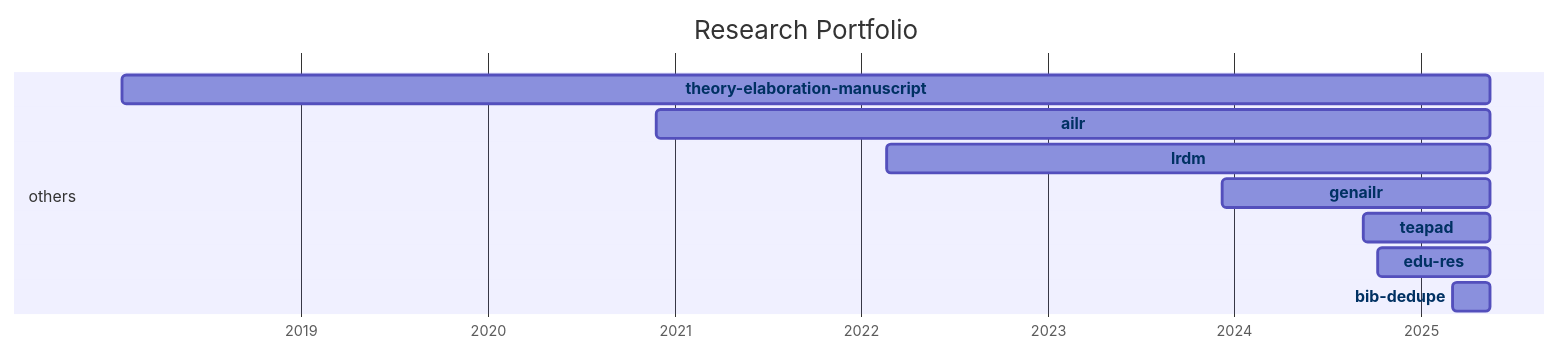
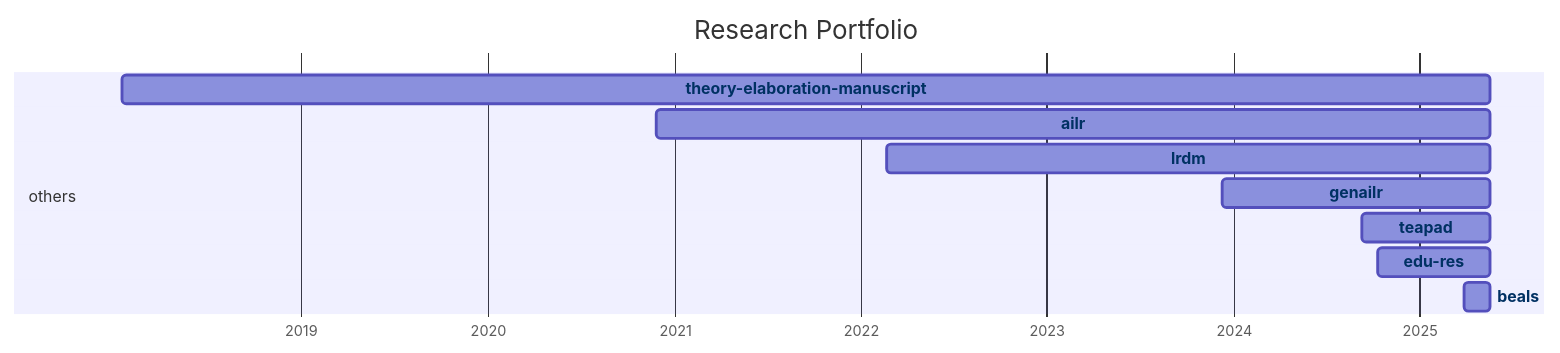
One commit to digital-work-lab/handbook changed the diagram in docs/20-research/25-projects-gantt.md. Above: the diagram before and after it, drawn with Mermaid. The commit also changed 2 other files, not shown here.

Commit message:
Update repository overview

````diff
--- a/docs/20-research/25-projects-gantt.md
+++ b/docs/20-research/25-projects-gantt.md
@@ -8,33 +8,33 @@
 ```mermaid
 ---
 displayMode: compact
 ---
 gantt
 title Research Portfolio
 dateFormat YYYY-MM-DD
 axisFormat %Y
 
     section work_practices
 
     section distributed_organizing
 
     section knowledge_synthesis
 
     section others
-        bib-dedupe :bib-dedupe, 2025-03-04, 2025-05-17
-        edu-res :edu-res, 2024-10-10, 2025-05-17
-        teapad :teapad, 2024-09-10, 2025-05-17
-        genailr :genailr, 2023-12-10, 2025-05-17
-        lrdm :lrdm, 2022-02-20, 2025-05-17
-        ailr :ailr, 2020-11-26, 2025-05-17
-        theory-elaboration-manuscript :theory-elaboration-manuscript, 2018-01-15, 2025-05-17
+        beals :beals, 2025-03-28, 2025-05-18
+        edu-res :edu-res, 2024-10-10, 2025-05-18
+        teapad :teapad, 2024-09-10, 2025-05-18
+        genailr :genailr, 2023-12-10, 2025-05-18
+        lrdm :lrdm, 2022-02-20, 2025-05-18
+        ailr :ailr, 2020-11-26, 2025-05-18
+        theory-elaboration-manuscript :theory-elaboration-manuscript, 2018-01-15, 2025-05-18
 
 
-    click bib-dedupe href "{{ site.baseurl }}/docs/20-research/25-projects/_repos/bib-dedupe"
+    click beals href "{{ site.baseurl }}/docs/20-research/25-projects/_repos/beals"
     click edu-res href "{{ site.baseurl }}/docs/20-research/25-projects/_repos/edu-res"
     click teapad href "{{ site.baseurl }}/docs/20-research/25-projects/_repos/teapad"
     click genailr href "{{ site.baseurl }}/docs/20-research/25-projects/_repos/genailr"
     click lrdm href "{{ site.baseurl }}/docs/20-research/25-projects/_repos/lrdm"
     click ailr href "{{ site.baseurl }}/docs/20-research/25-projects/_repos/ailr"
     click theory-elaboration-manuscript href "{{ site.baseurl }}/docs/20-research/25-projects/_repos/theory-elaboration-manuscript"
 ```
````
